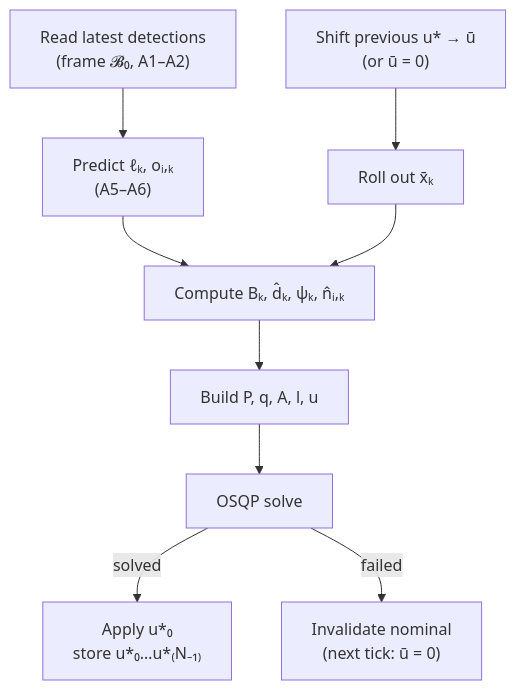
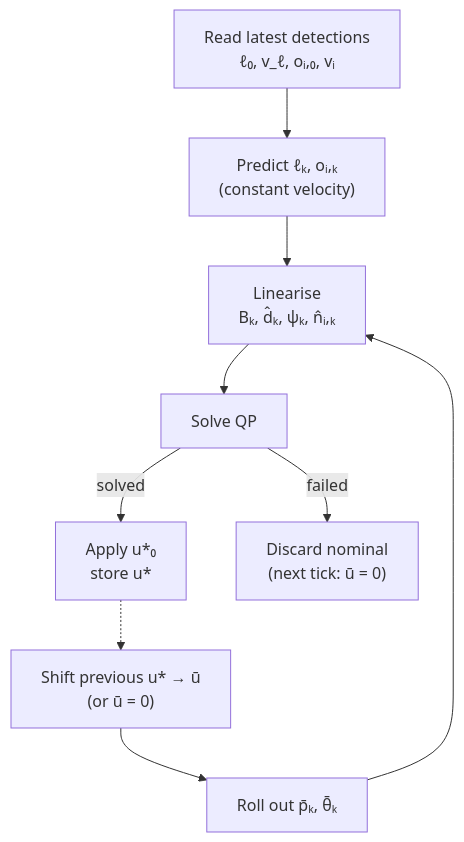
Before and after one commit to jens1906/Robotteknologi-7.-semester: the diagram in follow_anywhere_ws/src/navigation_cpp/mpc.md, drawn with Mermaid. The commit also changed other lines of this file, not shown here.

````diff
--- a/follow_anywhere_ws/src/navigation_cpp/mpc.md
+++ b/follow_anywhere_ws/src/navigation_cpp/mpc.md
@@ -403,11 +166,11 @@
 ```mermaid
 flowchart TD
-    A["Read latest detections<br/>(frame 𝓑₀, A1–A2)"] --> B["Predict ℓₖ, oᵢ,ₖ<br/>(A5–A6)"]
-    C["Shift previous u* → ū<br/>(or ū = 0)"] --> D["Roll out x̄ₖ"]
-    B --> E["Compute Bₖ, d̂ₖ, ψₖ, n̂ᵢ,ₖ"]
+    A["Read latest detections<br/>ℓ₀, v_ℓ, oᵢ,₀, vᵢ"] --> B["Predict ℓₖ, oᵢ,ₖ<br/>(constant velocity)"]
+    C["Shift previous u* → ū<br/>(or ū = 0)"] --> D["Roll out p̄ₖ, θ̄ₖ"]
+    B --> E["Linearise<br/>Bₖ, d̂ₖ, ψₖ, n̂ᵢ,ₖ"]
     D --> E
-    E --> F["Build P, q, A, l, u"]
-    F --> G["OSQP solve"]
-    G -->|solved| H["Apply u*₀<br/>store u*₀…u*₍N₋₁₎"]
-    G -->|failed| I["Invalidate nominal<br/>(next tick: ū = 0)"]
+    E --> F["Solve QP"]
+    F -->|solved| H["Apply u*₀<br/>store u*"]
+    F -->|failed| I["Discard nominal<br/>(next tick: ū = 0)"]
+    H -.-> C
 ```
````
